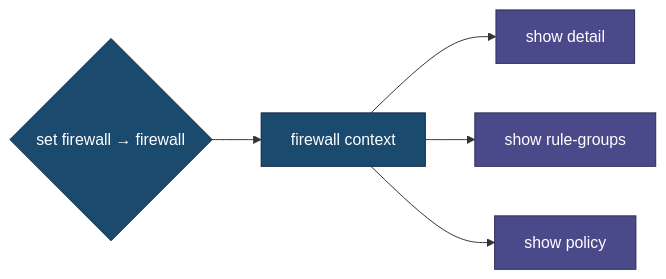
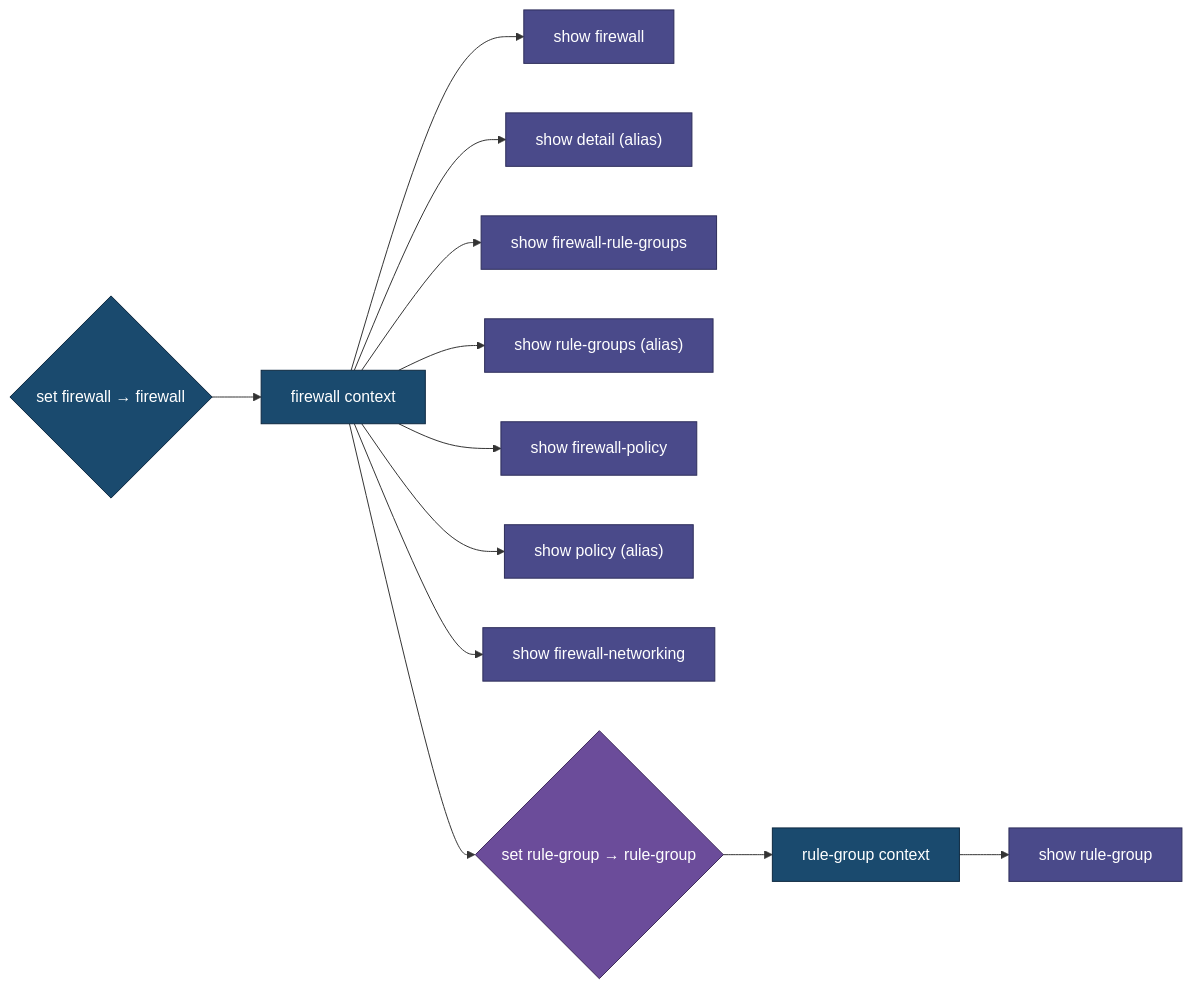
The fifth of 10 diagrams in docs/command-hierarchy-split.md (NetDevAutomate/aws_network_shell), drawn with Mermaid before and after one commit. The commit also changed 5 other files, not shown here.

````diff
--- a/docs/command-hierarchy-split.md
+++ b/docs/command-hierarchy-split.md
@@ -124,17 +124,32 @@
 ```mermaid
 graph LR
     classDef context fill:#1a4a6e,stroke:#0d2840,color:#fff
     classDef show fill:#4a4a8a,stroke:#2d2d5a,color:#fff
     classDef action fill:#8b4513,stroke:#5a2d0a,color:#fff
     classDef set fill:#6b4c9a,stroke:#3d2a5a,color:#fff
 
     root_set_firewall{"set firewall → firewall"}:::context
     firewall_context["firewall context"]:::context
     root_set_firewall --> firewall_context
-    firewall_show_detail["show detail"]:::show
+    firewall_show_firewall["show firewall"]:::show
+    firewall_context --> firewall_show_firewall
+    firewall_show_detail["show detail (alias)"]:::show
     firewall_context --> firewall_show_detail
-    firewall_show_rule_groups["show rule-groups"]:::show
+    firewall_show_rule_groups["show firewall-rule-groups"]:::show
     firewall_context --> firewall_show_rule_groups
-    firewall_show_policy["show policy"]:::show
+    firewall_show_rg_alias["show rule-groups (alias)"]:::show
+    firewall_context --> firewall_show_rg_alias
+    firewall_show_policy["show firewall-policy"]:::show
     firewall_context --> firewall_show_policy
+    firewall_show_policy_alias["show policy (alias)"]:::show
+    firewall_context --> firewall_show_policy_alias
+    firewall_show_networking["show firewall-networking"]:::show
+    firewall_context --> firewall_show_networking
+    firewall_set_rule_group{"set rule-group → rule-group"}:::set
+    firewall_context --> firewall_set_rule_group
+    
+    rule_group_context["rule-group context"]:::context
+    firewall_set_rule_group --> rule_group_context
+    rule_group_show_rule_group["show rule-group"]:::show
+    rule_group_context --> rule_group_show_rule_group
 ```
````
